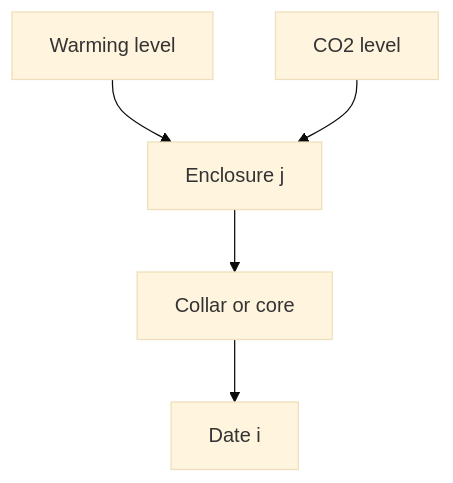
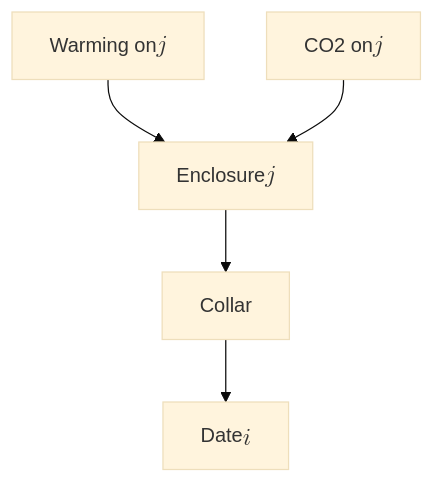
Before and after one commit to bastienchassagnol/PEPR-Carbon-Statistical-Courses: the first of 2 diagrams in sections/04-design.qmd, drawn with Mermaid (base theme). The commit also changed other lines of this file and 37 other files, not shown here.

````diff
--- a/sections/04-design.qmd
+++ b/sections/04-design.qmd
@@ -55,13 +55,13 @@
 ```{mermaid}
 %%| fig-width: 10
-%%| fig-height: 3.4
+%%| fig-height: 3.2
 flowchart TD
-  warming[Warming level]
-  co2[CO2 level]
-  enclosure[Enclosure j]
-  collar[Collar or core]
-  date[Date i]
+  warming["Warming on $$j$$"]
+  co2["CO2 on $$j$$"]
+  enclosure["Enclosure $$j$$"]
+  collar["Collar"]
+  date["Date $$i$$"]
   warming --> enclosure
   co2 --> enclosure
   enclosure --> collar --> date
 ```
````
